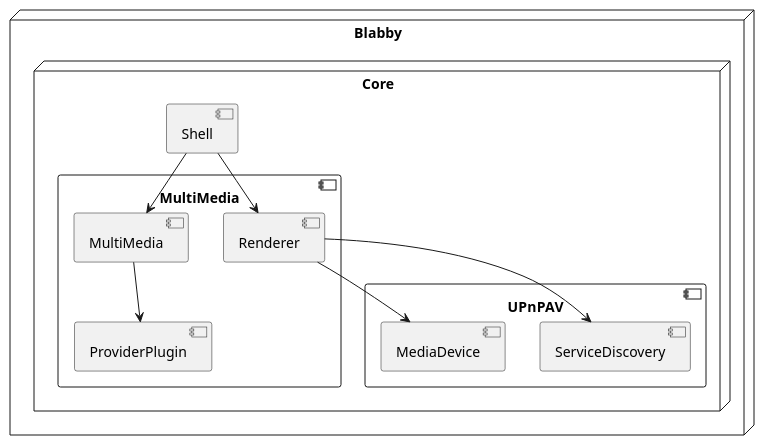
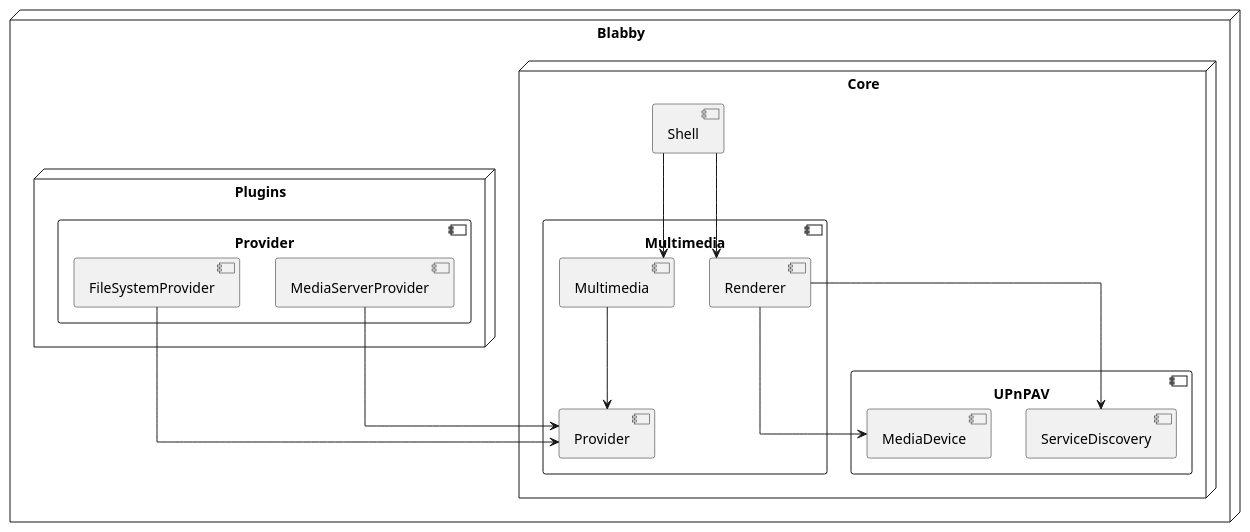
Before and after one commit to mFlorianW/blabby: the first of 2 diagrams in docs/pages/Architecture.md, drawn with PlantUML. The commit also changed other lines of this file, not shown here.

Commit message:
docs: Draft plugin architecture

```diff
--- a/docs/pages/Architecture.md
+++ b/docs/pages/Architecture.md
@@ -10,25 +10,36 @@
 @startuml "Building Blocks"
+skinparam linetype ortho
 node "Blabby" {
     node "Core" {
         component UPnPAV as upnpav{
             [ServiceDiscovery]
             [MediaDevice]
         }
 
-        component MultiMedia as media {
-            [ProviderPlugin]
-            [MultiMedia]
+        component Multimedia as media {
+            [Provider]
+            [Multimedia]
             [Renderer]
 
             [Renderer] --> [MediaDevice]
             [Renderer] --> [ServiceDiscovery]
 
-            [MultiMedia] --> [ProviderPlugin]
+            [Multimedia] --> [Provider]
         }
 
         component Shell as shell
-        shell --> [MultiMedia]
+        shell --> [Multimedia]
         shell --> [Renderer]
+    }
+
+    node "Plugins" {
+        component Provider as provider{
+            [MediaServerProvider]
+            [FileSystemProvider]
+
+            [MediaServerProvider] --> [Provider]
+            [FileSystemProvider] --> [Provider]
+        }
     }
 }
 @enduml
```
